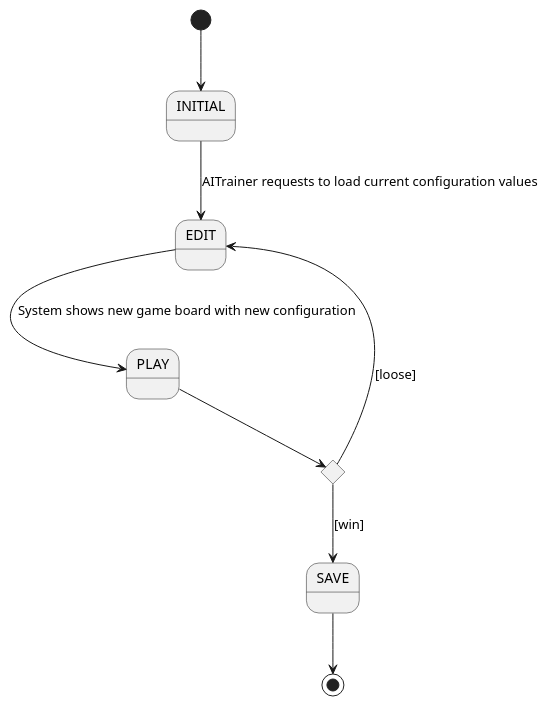
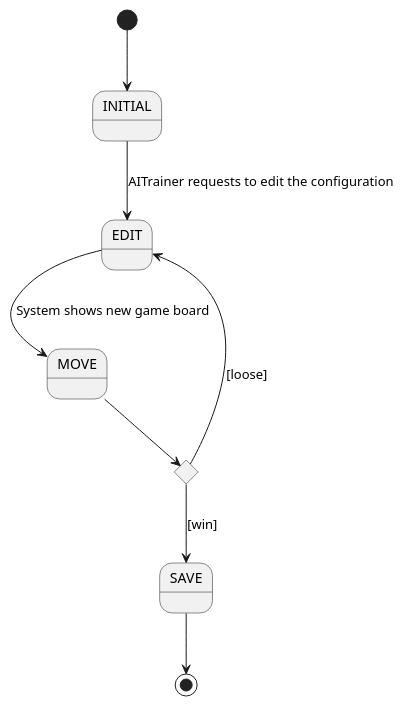
Before and after one commit to Master-Desarrollo-20-21/patrones-diseno---practica-final---juego-de-las-damas-fraylopez: the diagram in docs/src/use-cases/edit-use-case.plantuml, drawn with PlantUML. The commit also changed 7 other files, not shown here.

Commit message:
fixes on diagrams

```diff
--- a/docs/src/use-cases/edit-use-case.plantuml
+++ b/docs/src/use-cases/edit-use-case.plantuml
@@ -1,14 +1,14 @@
-@startuml StateDiagramFluxEditState
+@startuml StateDiagramFluxEditConfigState
 state INITIAL
 state EDIT as "EDIT"
 state if <<choice>>
 state SAVE as "SAVE"
 
 [*] --> INITIAL
-INITIAL --> EDIT: AITrainer requests to load current configuration values
-EDIT --> PLAY: System shows new game board with new configuration
-PLAY --> if
+INITIAL --> EDIT:  AITrainer requests to edit the configuration
+EDIT --> MOVE: System shows new game board
+MOVE --> if
 if  --> SAVE :[win]
 if  --> EDIT: [loose]
 SAVE --> [*]
 @enduml
```
